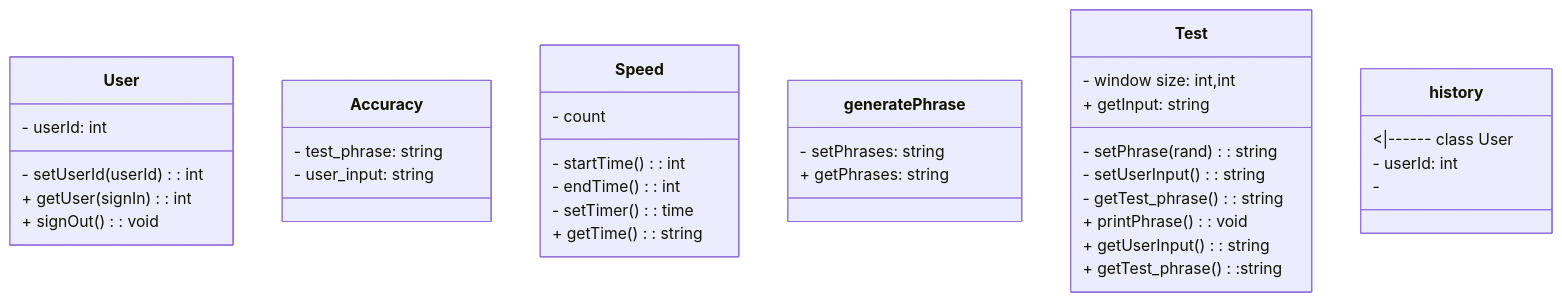
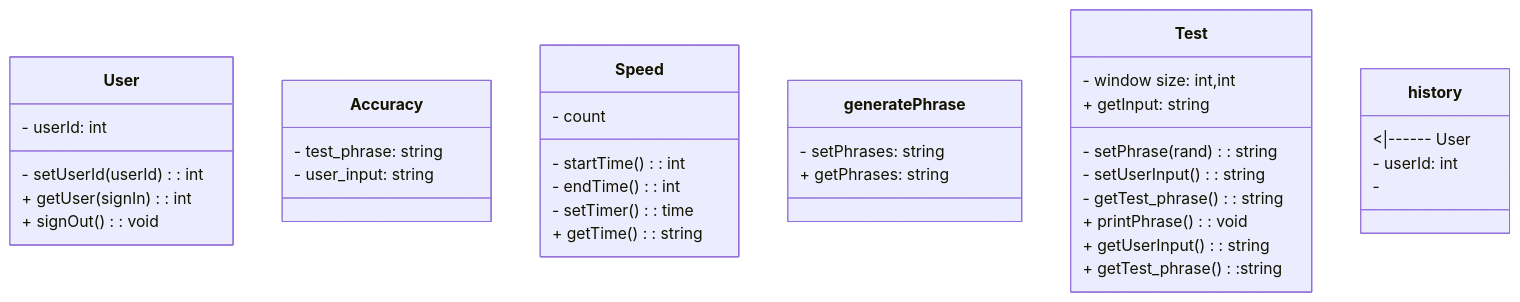
Before and after one commit to SynthNibbler/tippitytappity-design: the diagram in README.md, drawn with Mermaid.

````diff
--- a/README.md
+++ b/README.md
@@ -8,39 +8,39 @@
 ```mermaid
 classDiagram
 class User{
   - userId: int
   - setUserId(userId): int
   + getUser(signIn): int
   + signOut(): void
   }
   class Accuracy{
        - test_phrase: string
        - user_input: string
 
   }
   class Speed{
         - count
         - startTime(): int
         - endTime(): int
         - setTimer(): time
         + getTime(): string
   }
   class generatePhrase{
       - setPhrases: string
       + getPhrases: string
   }
   class Test{
     - window size: int,int
     - setPhrase(rand): string
     - setUserInput(): string
     - getTest_phrase(): string
     + getInput: string
     + printPhrase(): void
     + getUserInput(): string
     + getTest_phrase():string
   }
-  class history{ <|------ class User
+  class history{ <|------ User
     - userId: int
     - 
   }
 ```
````
